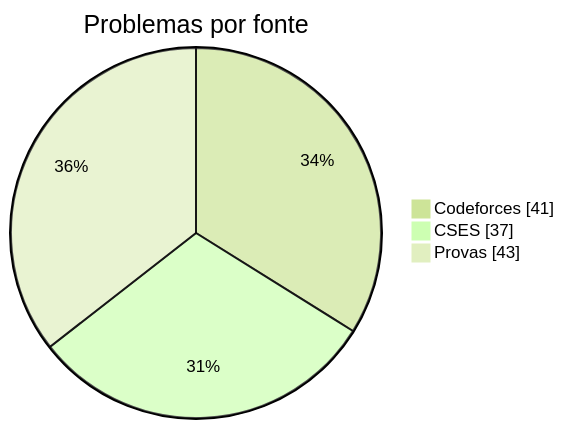
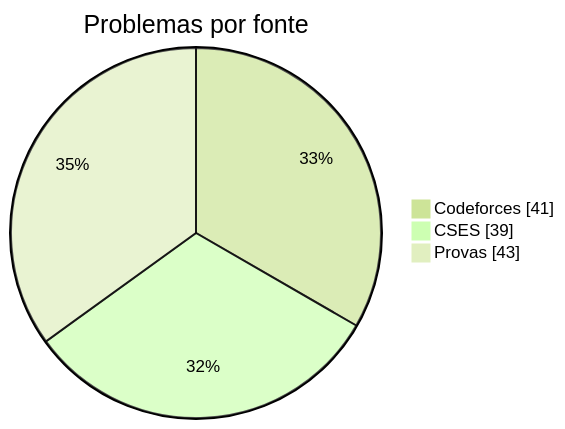
Before and after one commit to hiroshimurosaki/vibe-coders: the first of 3 diagrams in README.md, drawn with Mermaid (forest theme). The commit also changed other lines of this file, not shown here.

````diff
--- a/README.md
+++ b/README.md
@@ -40,7 +40,7 @@
 ```mermaid
 pie showData
     title Problemas por fonte
     "Codeforces" : 41
-    "CSES" : 37
+    "CSES" : 39
     "Provas" : 43
 ```
````
